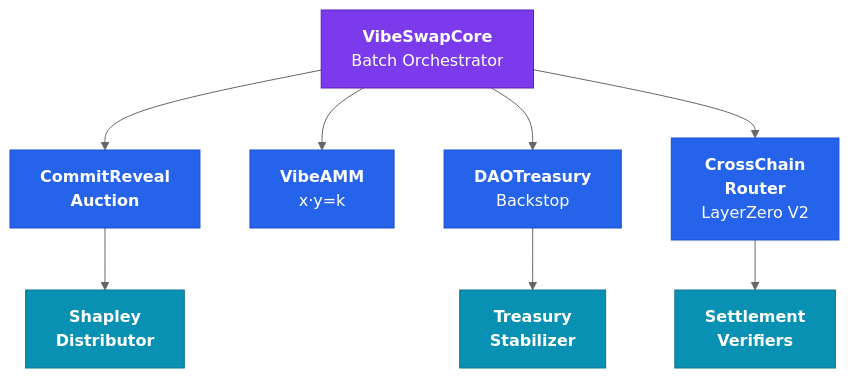
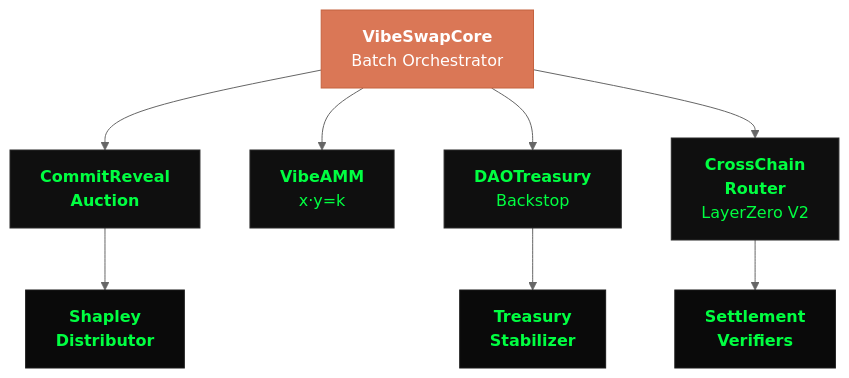
Before and after one commit to WGlynn/VibeSwap: the diagram in README.md, drawn with Mermaid (neutral theme).

Commit message:
README: Claude orange / matrix green / terminal black diagram

````diff
--- a/README.md
+++ b/README.md
@@ -50,22 +50,22 @@
 ```mermaid
 graph TD
     Core[<b>VibeSwapCore</b><br/>Batch Orchestrator]
 
     Core --> Auction[<b>CommitReveal<br/>Auction</b>]
     Core --> AMM[<b>VibeAMM</b><br/>x·y=k]
     Core --> Gov[<b>DAOTreasury</b><br/>Backstop]
     Core --> XChain[<b>CrossChain<br/>Router</b><br/>LayerZero V2]
 
     Auction --> Shapley[<b>Shapley<br/>Distributor</b>]
     Gov --> Stabilizer[<b>Treasury<br/>Stabilizer</b>]
     XChain --> Verifiers[<b>Settlement<br/>Verifiers</b>]
 
-    style Core fill:#7c3aed,stroke:#5b21b6,color:#fff
-    style Auction fill:#2563eb,stroke:#1d4ed8,color:#fff
-    style AMM fill:#2563eb,stroke:#1d4ed8,color:#fff
-    style Gov fill:#2563eb,stroke:#1d4ed8,color:#fff
-    style XChain fill:#2563eb,stroke:#1d4ed8,color:#fff
-    style Shapley fill:#0891b2,stroke:#0e7490,color:#fff
-    style Stabilizer fill:#0891b2,stroke:#0e7490,color:#fff
-    style Verifiers fill:#0891b2,stroke:#0e7490,color:#fff
+    style Core fill:#da7756,stroke:#c4623f,color:#fff
+    style Auction fill:#0f0f0f,stroke:#2a2a2a,color:#00ff41
+    style AMM fill:#0f0f0f,stroke:#2a2a2a,color:#00ff41
+    style Gov fill:#0f0f0f,stroke:#2a2a2a,color:#00ff41
+    style XChain fill:#0f0f0f,stroke:#2a2a2a,color:#00ff41
+    style Shapley fill:#0a0a0a,stroke:#1a1a1a,color:#00ff41
+    style Stabilizer fill:#0a0a0a,stroke:#1a1a1a,color:#00ff41
+    style Verifiers fill:#0a0a0a,stroke:#1a1a1a,color:#00ff41
 ```
````
